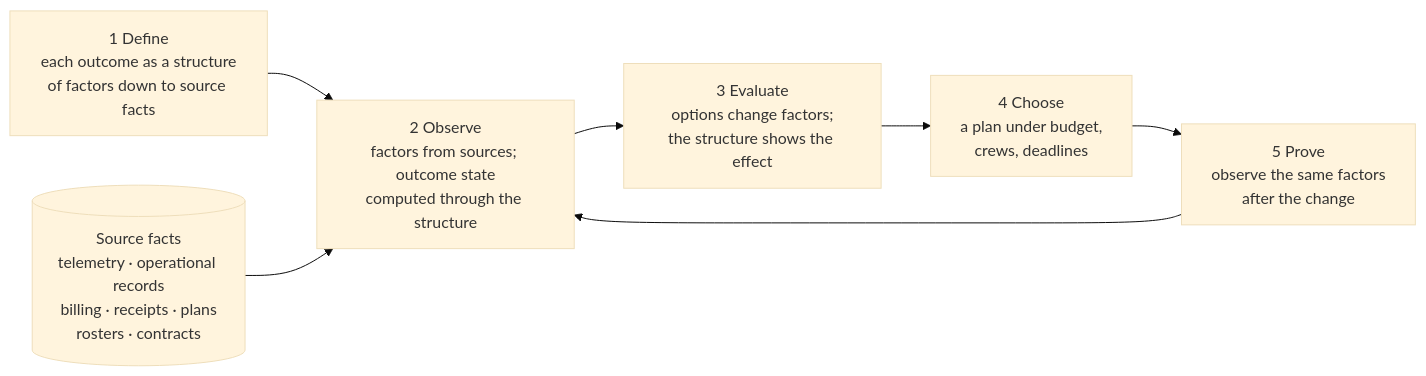
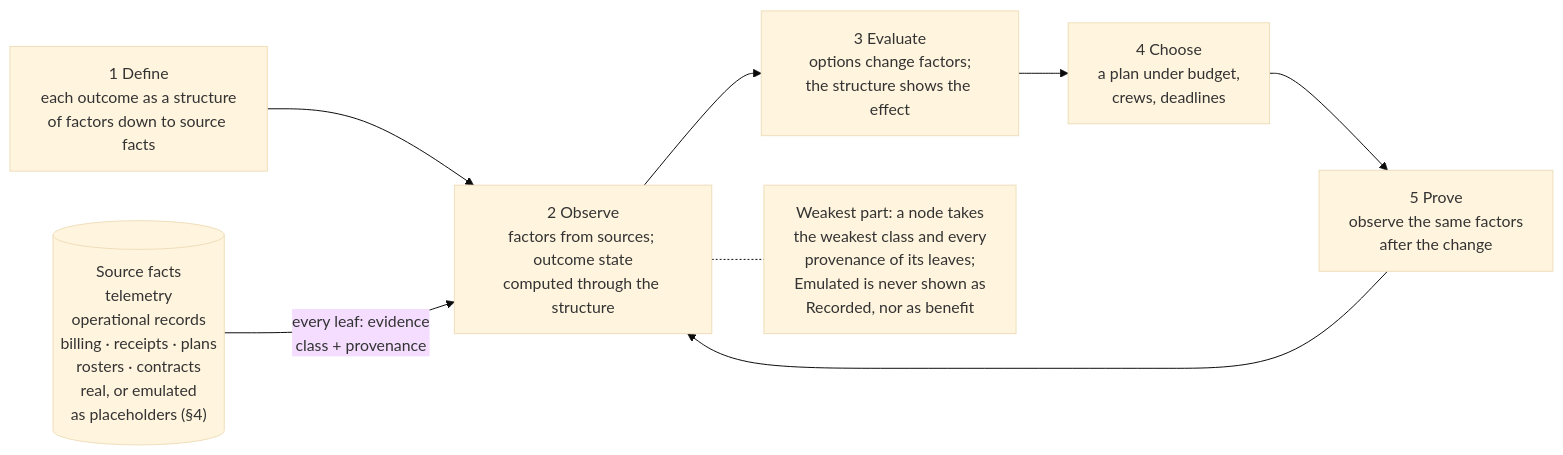
One commit to bineyame/AssetOpsV1 changed the first of 4 diagrams in Docs/demo-sprint/product-direction-layer4/layer4-transformation-design.md. Above: the diagram before and after it, drawn with Mermaid (base theme). The commit also changed other lines of this file and 9 other files, not shown here.

First line of the commit message:
Layer 4 pack: rev 4 diagrams; combined-review fixes GL1-GL3, GM2

````diff
--- a/Docs/demo-sprint/product-direction-layer4/layer4-transformation-design.md
+++ b/Docs/demo-sprint/product-direction-layer4/layer4-transformation-design.md
@@ -69,9 +69,10 @@
 ```mermaid
 flowchart LR
   D["1 Define<br/>each outcome as a structure<br/>of factors down to source facts"] --> O["2 Observe<br/>factors from sources; outcome state<br/>computed through the structure"]
   O --> V["3 Evaluate<br/>options change factors;<br/>the structure shows the effect"]
   V --> C["4 Choose<br/>a plan under budget,<br/>crews, deadlines"]
   C --> P["5 Prove<br/>observe the same factors<br/>after the change"]
   P --> O
-  S[("Source facts<br/>telemetry · operational records<br/>billing · receipts · plans<br/>rosters · contracts")] --> O
+  S[("Source facts<br/>telemetry<br/>operational records<br/>billing · receipts · plans<br/>rosters · contracts<br/>real, or emulated<br/>as placeholders (§4)")] -- "every leaf: evidence<br/>class + provenance" --> O
+  O -.- W["Weakest part: a node takes<br/>the weakest class and every<br/>provenance of its leaves;<br/>Emulated is never shown as<br/>Recorded, nor as benefit"]
 ```
````
